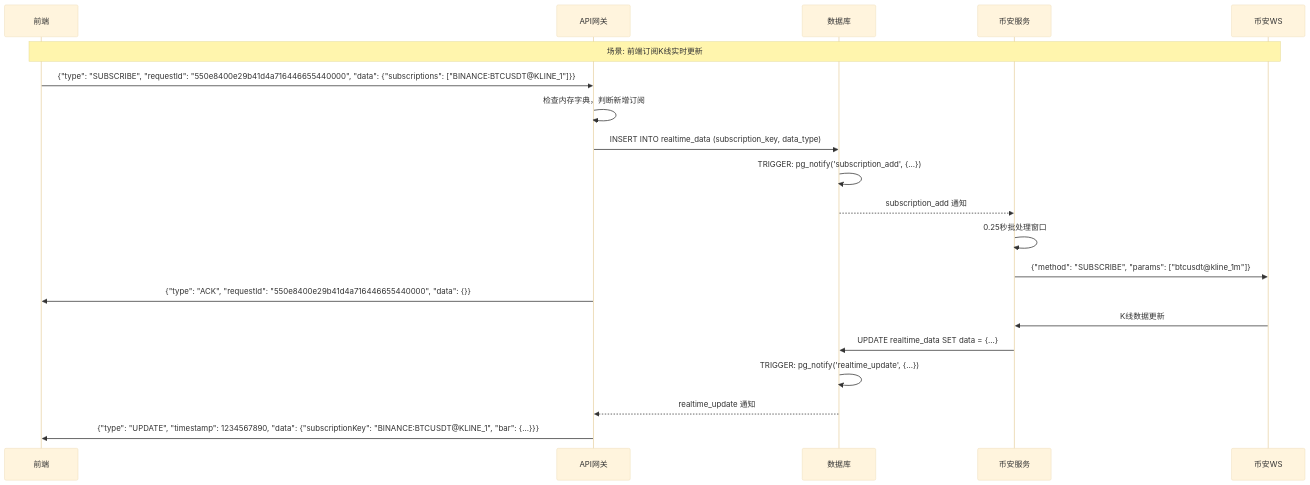
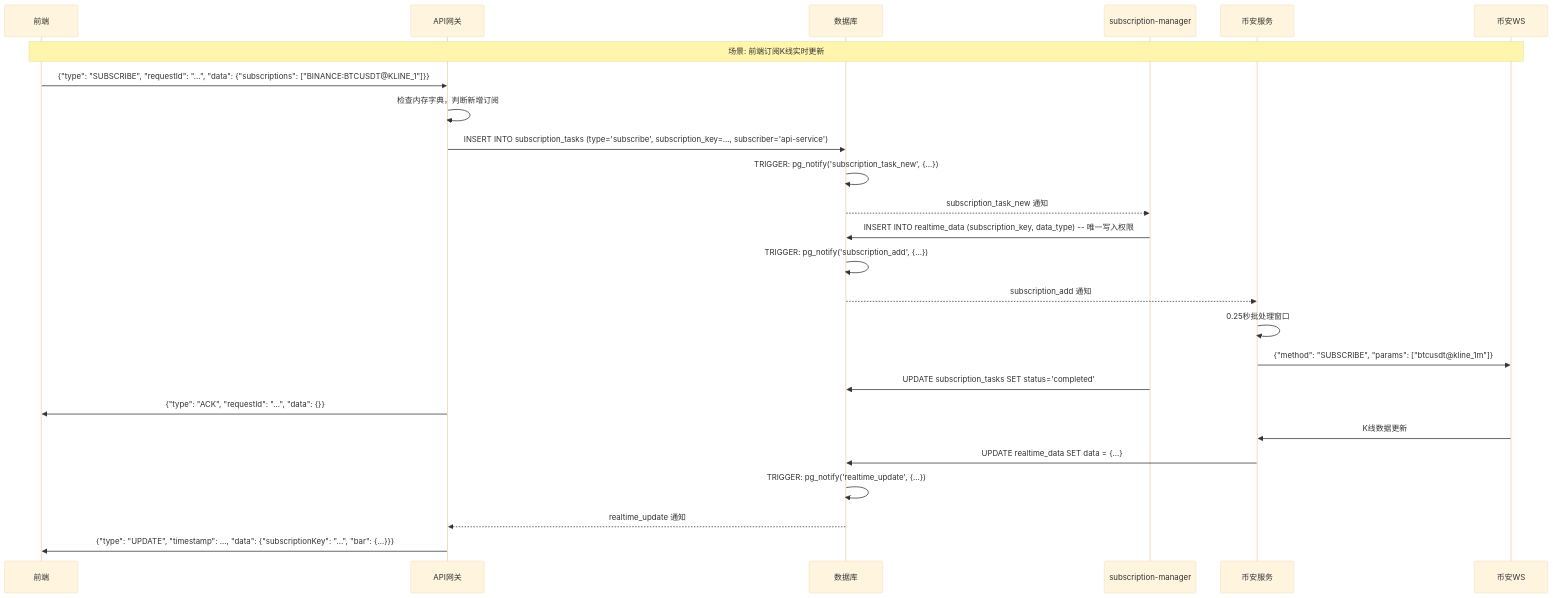
The fourth of 11 diagrams in docs/backend/design/02-dataflow.md (mj2154/quant-trading-system-2602), drawn with Mermaid (base theme) before and after one commit. The commit also changed other lines of this file and 5 other files, not shown here.

````diff
--- a/docs/backend/design/02-dataflow.md
+++ b/docs/backend/design/02-dataflow.md
@@ -162,30 +167,36 @@
 ```mermaid
 sequenceDiagram
     participant Front as 前端
     participant GW as API网关
     participant DB as 数据库
+    participant SM as subscription-manager
     participant BN as 币安服务
     participant BWS as 币安WS
 
     Note over Front, BWS: 场景: 前端订阅K线实时更新
 
-    %% 订阅阶段
-    Front->>GW: {"type": "SUBSCRIBE", "requestId": "550e8400e29b41d4a716446655440000", "data": {"subscriptions": ["BINANCE:BTCUSDT@KLINE_1"]}}
+    %% 订阅阶段 — 通过 subscription_tasks 队列
+    Front->>GW: {"type": "SUBSCRIBE", "requestId": "...", "data": {"subscriptions": ["BINANCE:BTCUSDT@KLINE_1"]}}
     GW->>GW: 检查内存字典，判断新增订阅
-    GW->>DB: INSERT INTO realtime_data (subscription_key, data_type)
+    GW->>DB: INSERT INTO subscription_tasks (type='subscribe', subscription_key=..., subscriber='api-service')
+    DB->>DB: TRIGGER: pg_notify('subscription_task_new', {...})
+
+    DB-->>SM: subscription_task_new 通知
+    SM->>DB: INSERT INTO realtime_data (subscription_key, data_type) -- 唯一写入权限
     DB->>DB: TRIGGER: pg_notify('subscription_add', {...})
 
     DB-->>BN: subscription_add 通知
     BN->>BN: 0.25秒批处理窗口
     BN->>BWS: {"method": "SUBSCRIBE", "params": ["btcusdt@kline_1m"]}
 
-    GW->>Front: {"type": "ACK", "requestId": "550e8400e29b41d4a716446655440000", "data": {}}
+    SM->>DB: UPDATE subscription_tasks SET status='completed'
+    GW->>Front: {"type": "ACK", "requestId": "...", "data": {}}
 
     %% 数据推送阶段
     BWS->>BN: K线数据更新
     BN->>DB: UPDATE realtime_data SET data = {...}
     DB->>DB: TRIGGER: pg_notify('realtime_update', {...})
 
     DB-->>GW: realtime_update 通知
-    GW->>Front: {"type": "UPDATE", "timestamp": 1234567890, "data": {"subscriptionKey": "BINANCE:BTCUSDT@KLINE_1", "bar": {...}}}
+    GW->>Front: {"type": "UPDATE", "timestamp": ..., "data": {"subscriptionKey": "...", "bar": {...}}}
 ```
````
